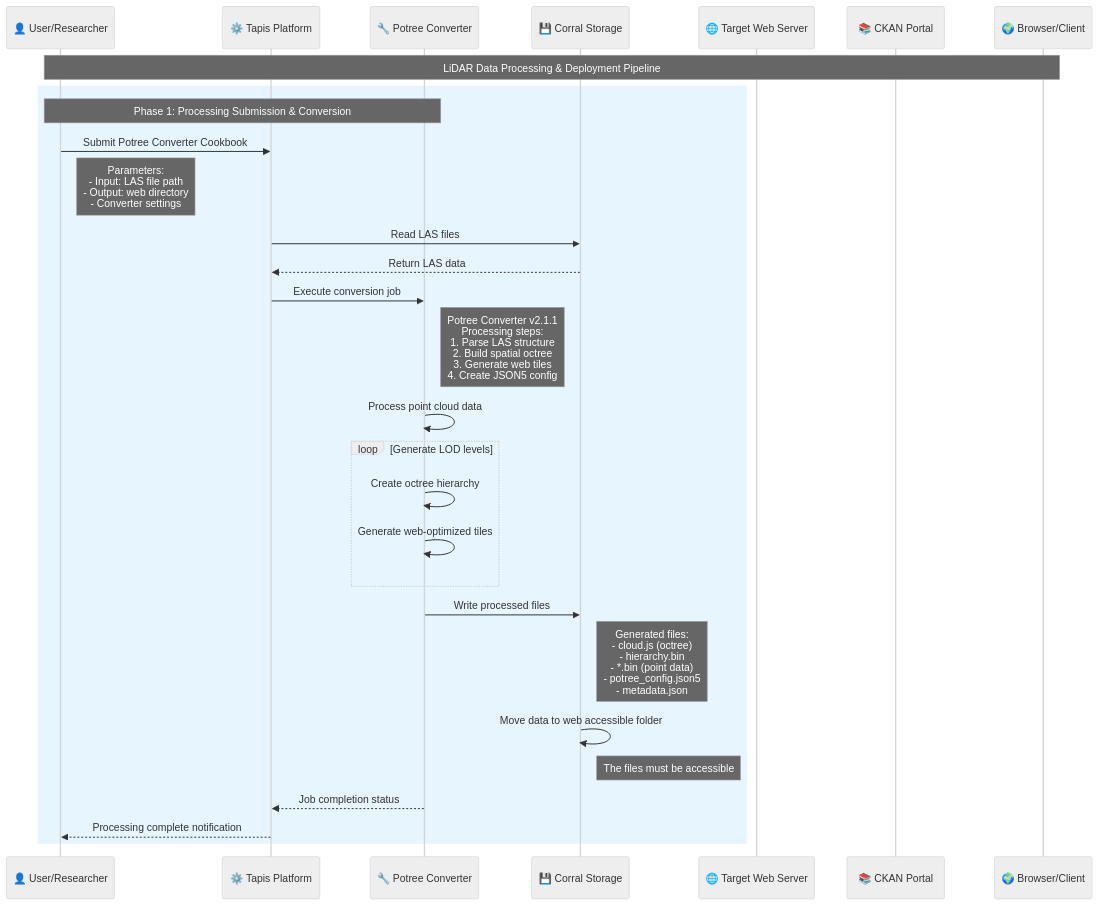
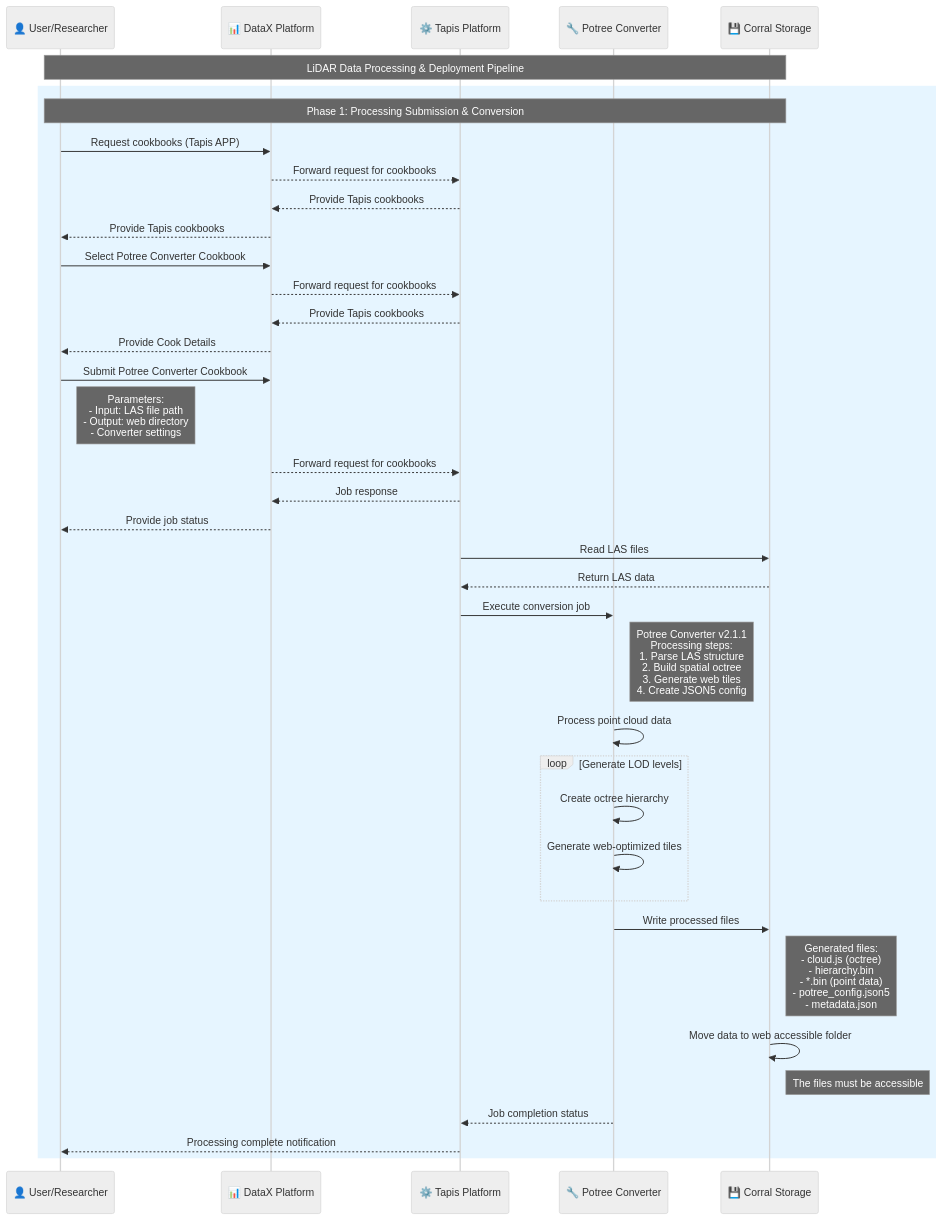
One commit to In-For-Disaster-Analytics/potree changed the first of 5 diagrams in README-pipeline.md. Above: the diagram before and after it, drawn with Mermaid. The commit also changed other lines of this file, not shown here.

Commit message:
fix: update sequence diagram for DataX integration and clarify user actions

````diff
--- a/README-pipeline.md
+++ b/README-pipeline.md
@@ -13,43 +13,54 @@
 ```mermaid
 %%{ init : { "theme" : "neutral", "themeVariables" : { "primaryColor" : "#fff", "primaryTextColor" : "#000", "primaryBorderColor" : "#000", "lineColor" : "#000", "secondaryColor" : "#f8f8f8", "tertiaryColor" : "#f0f0f0" }}}%%
 sequenceDiagram
     participant User as 👤 User/Researcher
+    participant DataX as 📊 DataX Platform
     participant Tapis as ⚙️ Tapis Platform
     participant Potree as 🔧 Potree Converter
     participant Corral as 💾 Corral Storage
-    participant Target as 🌐 Target Web Server
-    participant CKAN as 📚 CKAN Portal
-    participant Browser as 🌍 Browser/Client
 
-    Note over User,Browser: LiDAR Data Processing & Deployment Pipeline
+    Note over User,Corral: LiDAR Data Processing & Deployment Pipeline
 
     %% Processing Submission
     rect rgb(230, 245, 255)
-        Note over User,Potree: Phase 1: Processing Submission & Conversion
-        User->>Tapis: Submit  Potree Converter Cookbook
+        Note over User,Corral: Phase 1: Processing Submission & Conversion
+        User->>DataX: Request cookbooks (Tapis APP)
+        DataX-->>Tapis: Forward request for cookbooks
+        Tapis-->>DataX: Provide Tapis cookbooks
+        DataX-->>User: Provide Tapis cookbooks
+
+        User->>DataX: Select Potree Converter Cookbook
+        DataX-->>Tapis: Forward request for cookbooks
+        Tapis-->>DataX: Provide Tapis cookbooks
+        DataX-->>User: Provide Cook Details
+
+        User->>DataX: Submit  Potree Converter Cookbook
         Note right of User: Parameters:<br/>- Input: LAS file path<br/>- Output: web directory<br/>- Converter settings
 
+        DataX-->>Tapis: Forward request for cookbooks
+        Tapis-->>DataX: Job response
+        DataX-->>User: Provide job status
         Tapis->>Corral: Read LAS files
         Corral-->>Tapis: Return LAS data
 
         Tapis->>Potree: Execute conversion job
         Note right of Potree: Potree Converter v2.1.1<br/>Processing steps:<br/>1. Parse LAS structure<br/>2. Build spatial octree<br/>3. Generate web tiles<br/>4. Create JSON5 config
 
         Potree->>Potree: Process point cloud data
         loop Generate LOD levels
             Potree->>Potree: Create octree hierarchy
             Potree->>Potree: Generate web-optimized tiles
         end
 
         Potree->>Corral: Write processed files
         Note right of Corral: Generated files:<br/>- cloud.js (octree)<br/>- hierarchy.bin<br/>- *.bin (point data)<br/>- potree_config.json5<br/>- metadata.json
 
 
         Corral->>Corral: Move data to web accessible folder
         Note right of Corral: The files must be accessible
 
         Potree-->>Tapis: Job completion status
         Tapis-->>User: Processing complete notification
     end
 
 ```
````
